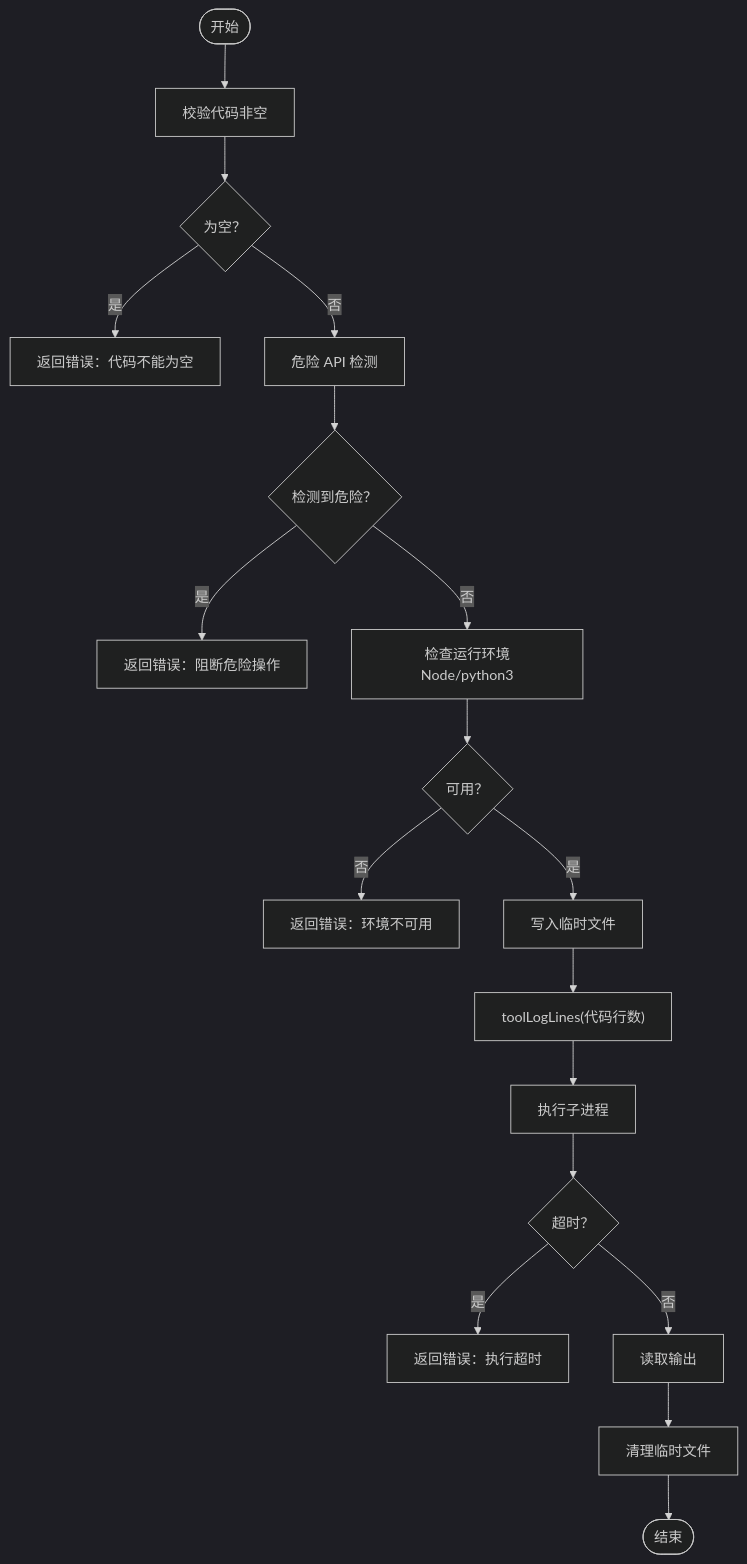
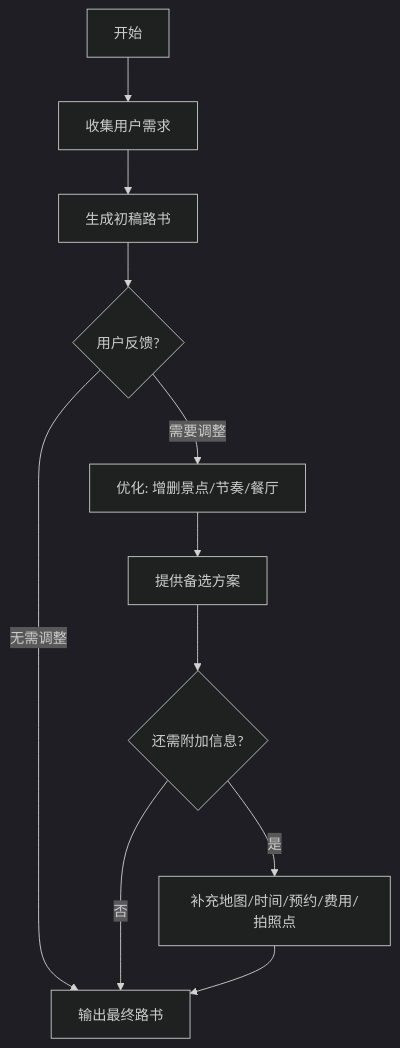
One commit to HAOFUYANG/onion-code changed the fifth of 8 diagrams in .qoder/repowiki/zh/content/技能系统/技能系统.md. Above: the diagram before and after it, drawn with Mermaid (dark theme). The commit also changed other lines of this file and 58 other files, not shown here.

````diff
--- a/.qoder/repowiki/zh/content/技能系统/技能系统.md
+++ b/.qoder/repowiki/zh/content/技能系统/技能系统.md
@@ -297,20 +202,13 @@
 ```mermaid
 flowchart TD
-Start(["开始"]) --> Validate["校验代码非空"]
-Validate --> Empty{"为空？"}
-Empty --> |是| ErrEmpty["返回错误：代码不能为空"]
-Empty --> |否| Scan["危险 API 检测"]
-Scan --> Unsafe{"检测到危险？"}
-Unsafe --> |是| Block["返回错误：阻断危险操作"]
-Unsafe --> |否| CheckEnv["检查运行环境Node/python3"]
-CheckEnv --> EnvOK{"可用？"}
-EnvOK --> |否| ErrEnv["返回错误：环境不可用"]
-EnvOK --> |是| WriteTmp["写入临时文件"]
-WriteTmp --> LogLines["toolLogLines(代码行数)"]
-LogLines --> Exec["执行子进程"]
-Exec --> Timeout{"超时？"}
-Timeout --> |是| ErrTO["返回错误：执行超时"]
-Timeout --> |否| ReadOut["读取输出"]
-ReadOut --> Cleanup["清理临时文件"]
-Cleanup --> Done(["结束"])
+A["开始"] --> B["收集用户需求"]
+B --> C["生成初稿路书"]
+C --> D{"用户反馈?"}
+D --> |需要调整| E["优化: 增删景点/节奏/餐厅"]
+E --> F["提供备选方案"]
+D --> |无需调整| G["输出最终路书"]
+F --> H{"还需附加信息?"}
+H --> |是| I["补充地图/时间/预约/费用/拍照点"]
+H --> |否| G
+I --> G
 ```
````
